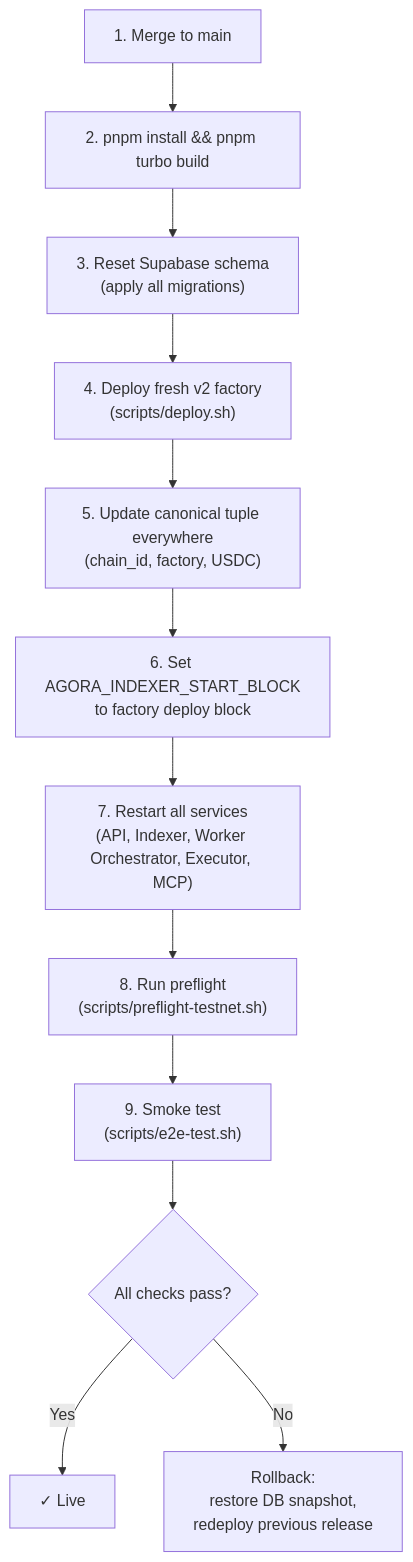
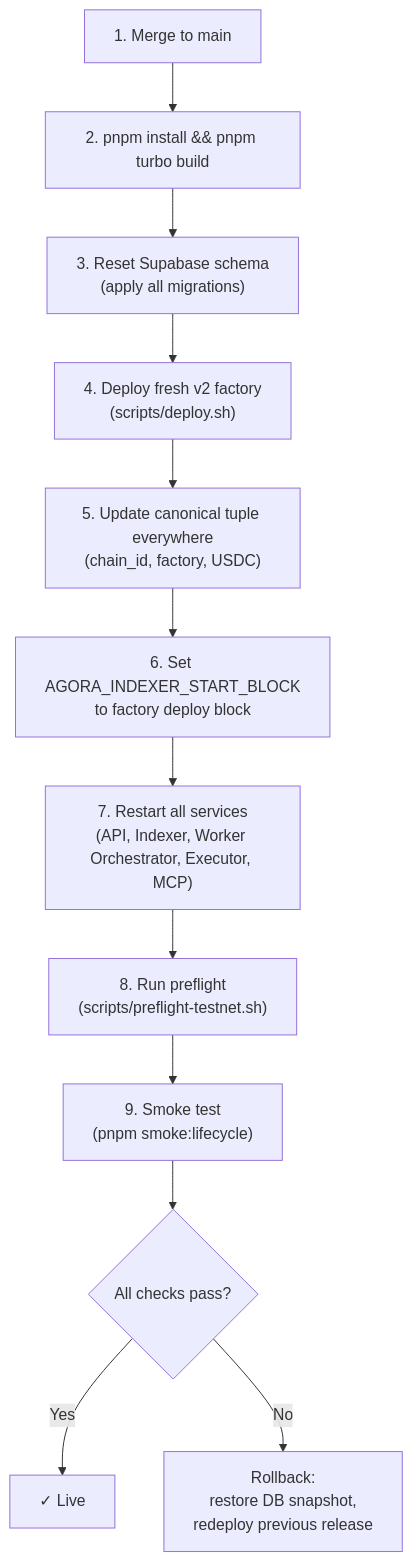
Before and after one commit to andymolecule/Agora: the diagram in docs/deployment.md, drawn with Mermaid. The commit also changed other lines of this file and 66 other files, not shown here.

````diff
--- a/docs/deployment.md
+++ b/docs/deployment.md
@@ -99,14 +99,14 @@
 ```mermaid
 flowchart TB
     A["1. Merge to main"] --> B["2. pnpm install && pnpm turbo build"]
     B --> C["3. Reset Supabase schema<br/>(apply all migrations)"]
     C --> D["4. Deploy fresh v2 factory<br/>(scripts/deploy.sh)"]
     D --> E["5. Update canonical tuple everywhere<br/>(chain_id, factory, USDC)"]
     E --> F["6. Set AGORA_INDEXER_START_BLOCK<br/>to factory deploy block"]
     F --> G["7. Restart all services<br/>(API, Indexer, Worker Orchestrator, Executor, MCP)"]
     G --> H["8. Run preflight<br/>(scripts/preflight-testnet.sh)"]
-    H --> I["9. Smoke test<br/>(scripts/e2e-test.sh)"]
+    H --> I["9. Smoke test<br/>(pnpm smoke:lifecycle)"]
     I --> J{"All checks pass?"}
     J -->|Yes| K["✓ Live"]
     J -->|No| L["Rollback:<br/>restore DB snapshot,<br/>redeploy previous release"]
 ```
````
